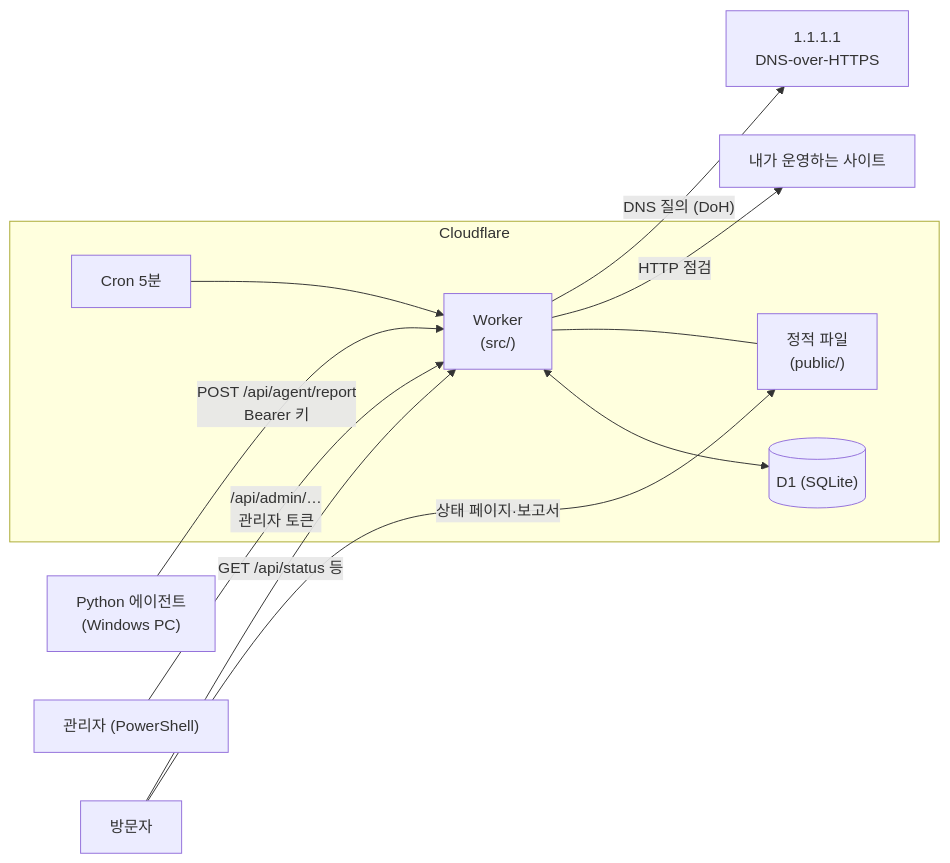
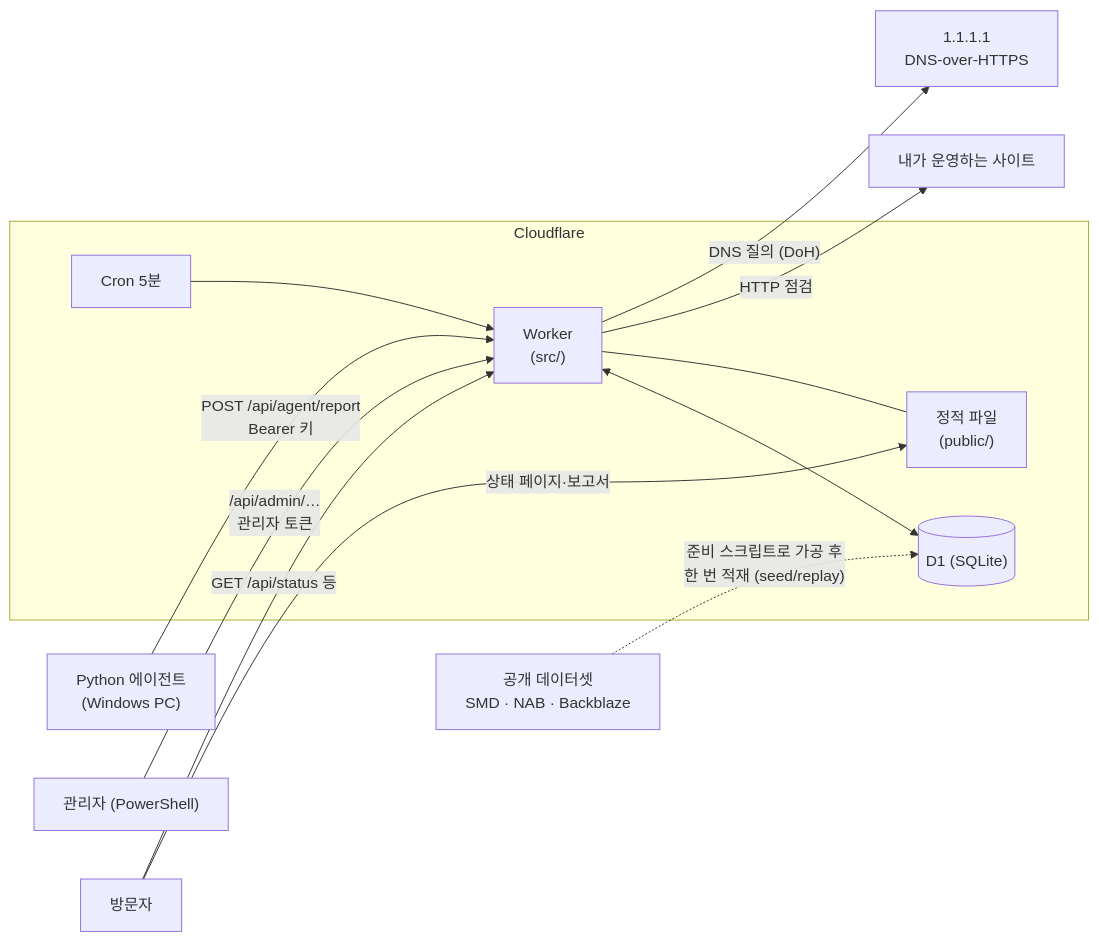
The diagram in README.md (Taetaeeee/uptime-monitor), drawn with Mermaid before and after one commit. The commit also changed other lines of this file and 12 other files, not shown here.

````diff
--- a/README.md
+++ b/README.md
@@ -28,14 +29,15 @@
 ```mermaid
 flowchart LR
   subgraph CF["Cloudflare"]
     CRON["Cron 5분"] --> W["Worker<br/>(src/)"]
     W <--> D1[("D1 (SQLite)")]
     W --- ST["정적 파일<br/>(public/)"]
   end
   W -- "HTTP 점검" --> SITE["내가 운영하는 사이트"]
   W -- "DNS 질의 (DoH)" --> DOH["1.1.1.1<br/>DNS-over-HTTPS"]
+  DS["공개 데이터셋<br/>SMD · NAB · Backblaze"] -. "준비 스크립트로 가공 후<br/>한 번 적재 (seed/replay)" .-> D1
   AG["Python 에이전트<br/>(Windows PC)"] -- "POST /api/agent/report<br/>Bearer 키" --> W
   ADMIN["관리자 (PowerShell)"] -- "/api/admin/…<br/>관리자 토큰" --> W
   USER["방문자"] -- "상태 페이지·보고서" --> ST
   USER -- "GET /api/status 등" --> W
 ```
````
